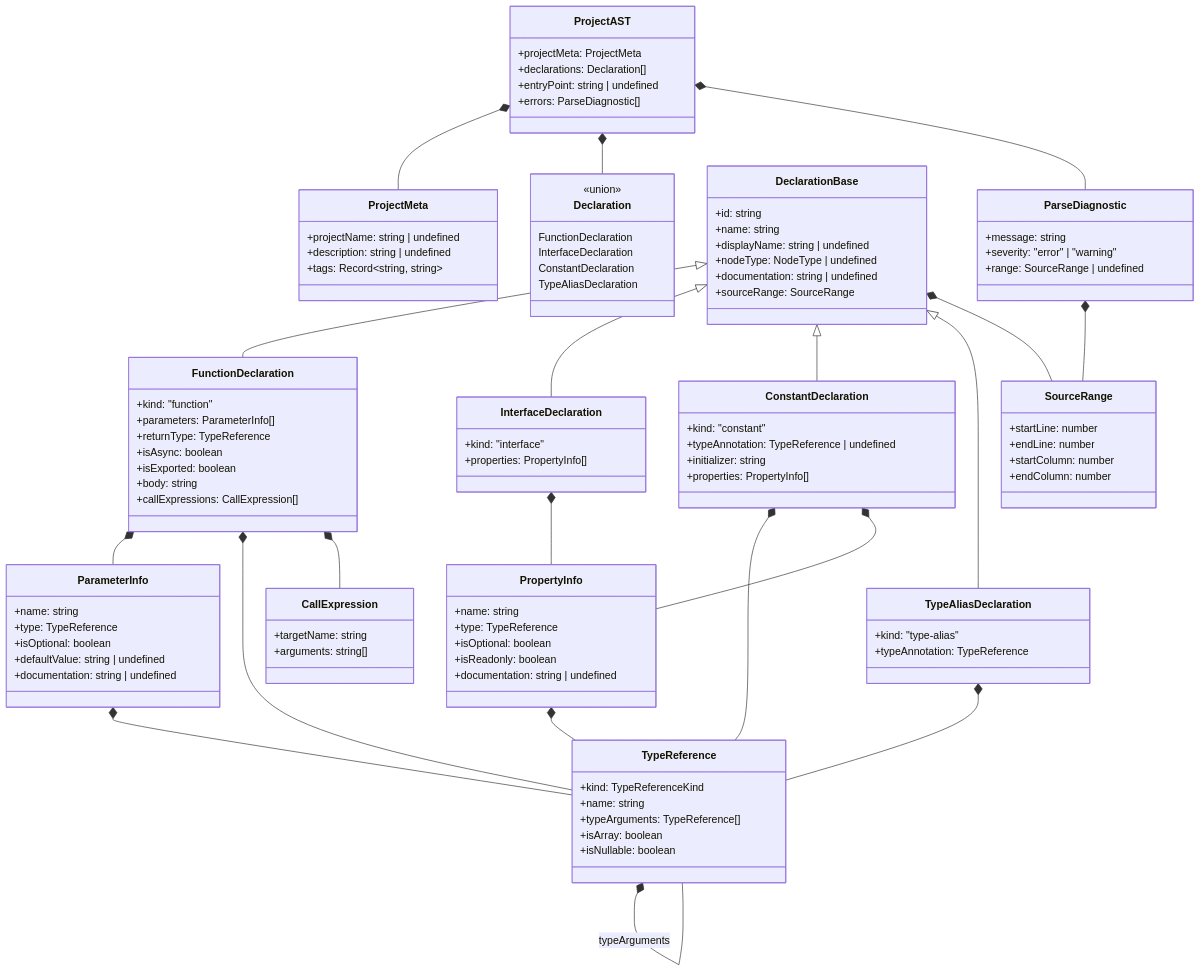
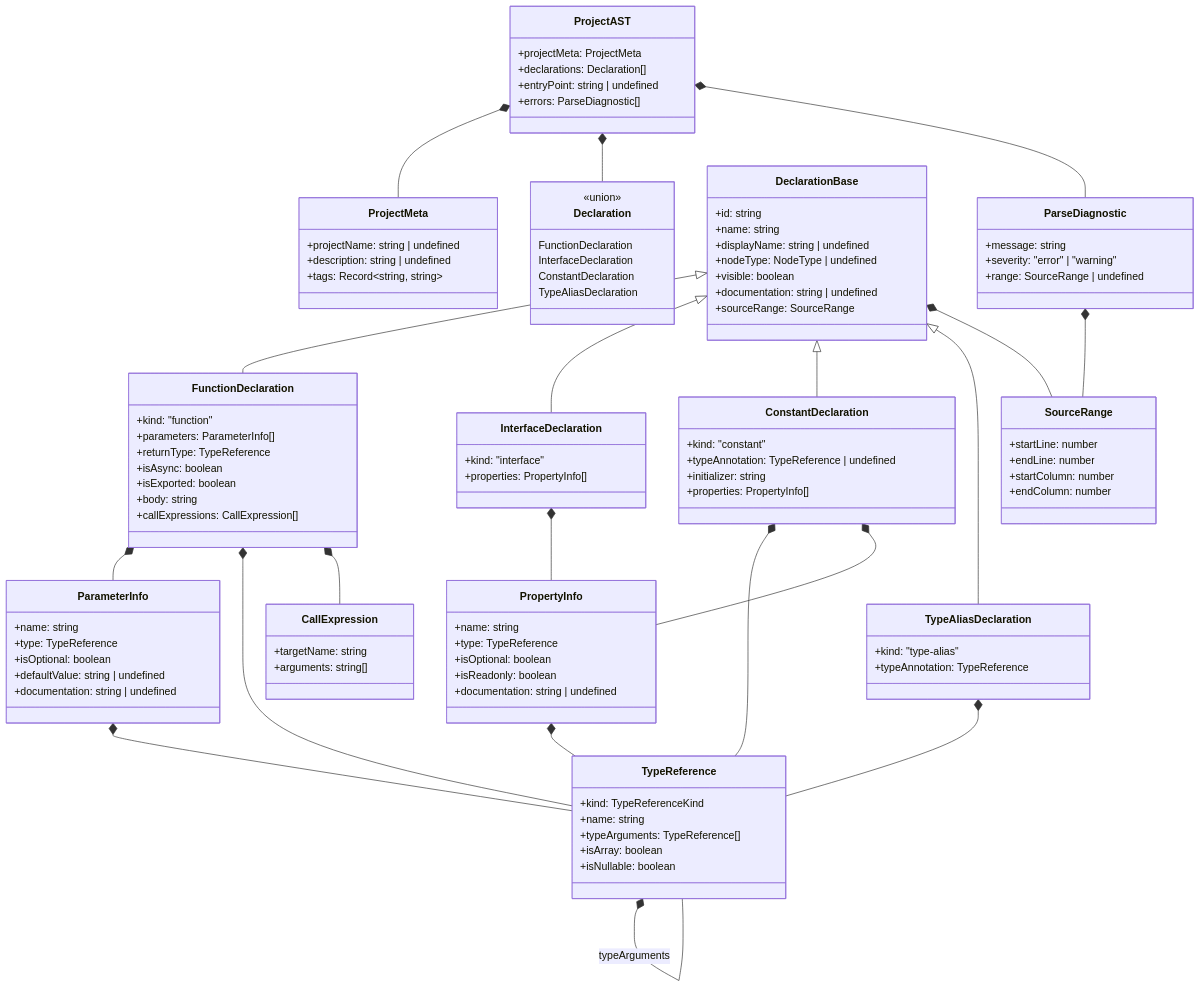
Before and after one commit to rimvydasb/open-modeler-ts: the second of 5 diagrams in docs/PROJECT_AST.md, drawn with Mermaid. The commit also changed other lines of this file, not shown here.

Commit message:
add visibility property to flow nodes in PROJECT_AST.md and update documentation

```diff
--- a/docs/PROJECT_AST.md
+++ b/docs/PROJECT_AST.md
@@ -92,6 +92,7 @@
         +name: string
         +displayName: string | undefined
         +nodeType: NodeType | undefined
+        +visible: boolean
         +documentation: string | undefined
         +sourceRange: SourceRange
     }
```
